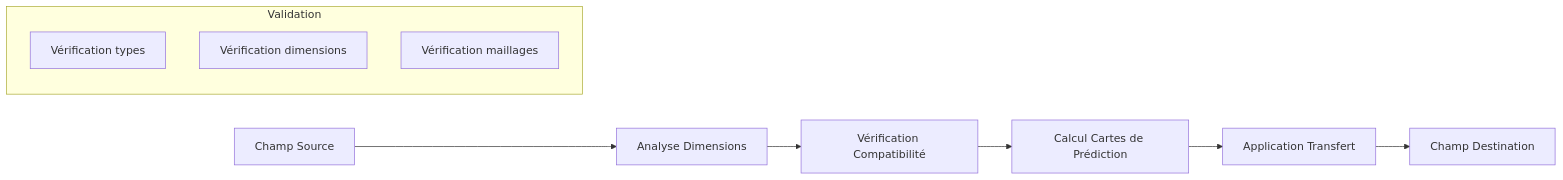
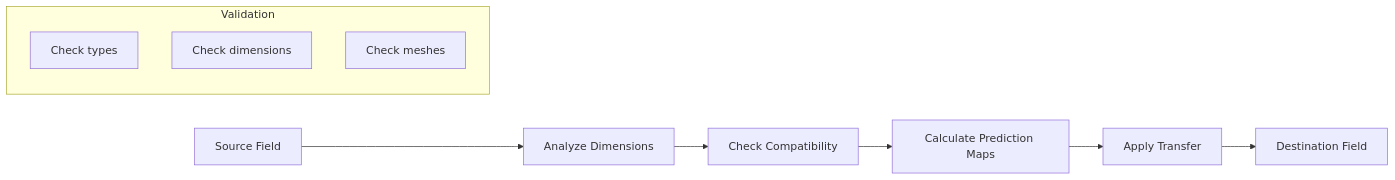
One commit to sbstndb/samurai changed the seventh of 9 diagrams in docs/reconstruction_system.md. Above: the diagram before and after it, drawn with Mermaid. The commit also changed other lines of this file and 8 other files, not shown here.

````diff
--- a/docs/reconstruction_system.md
+++ b/docs/reconstruction_system.md
@@ -242,14 +242,14 @@
 ```mermaid
 graph LR
-    A[Champ Source] --> B[Analyse Dimensions]
-    B --> C[Vérification Compatibilité]
-    C --> D[Calcul Cartes de Prédiction]
-    D --> E[Application Transfert]
-    E --> F[Champ Destination]
+    A[Source Field] --> B[Analyze Dimensions]
+    B --> C[Check Compatibility]
+    C --> D[Calculate Prediction Maps]
+    D --> E[Apply Transfer]
+    E --> F[Destination Field]
     
     subgraph "Validation"
-        G[Vérification types]
-        H[Vérification dimensions]
-        I[Vérification maillages]
+        G[Check types]
+        H[Check dimensions]
+        I[Check meshes]
     end
 ```
````
